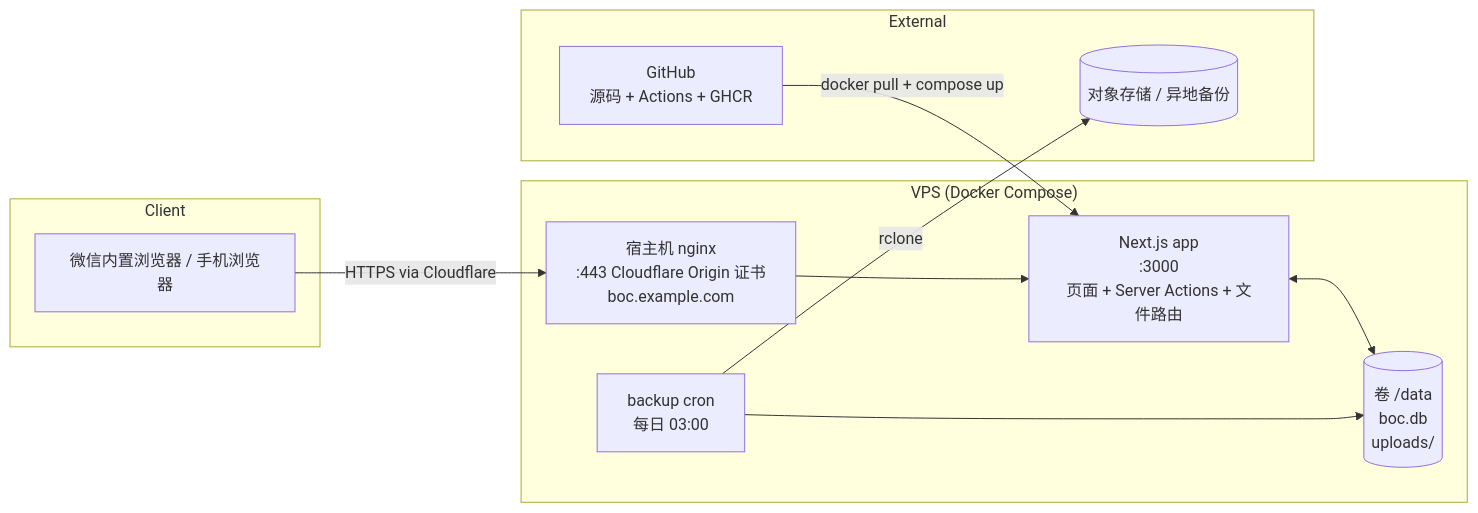
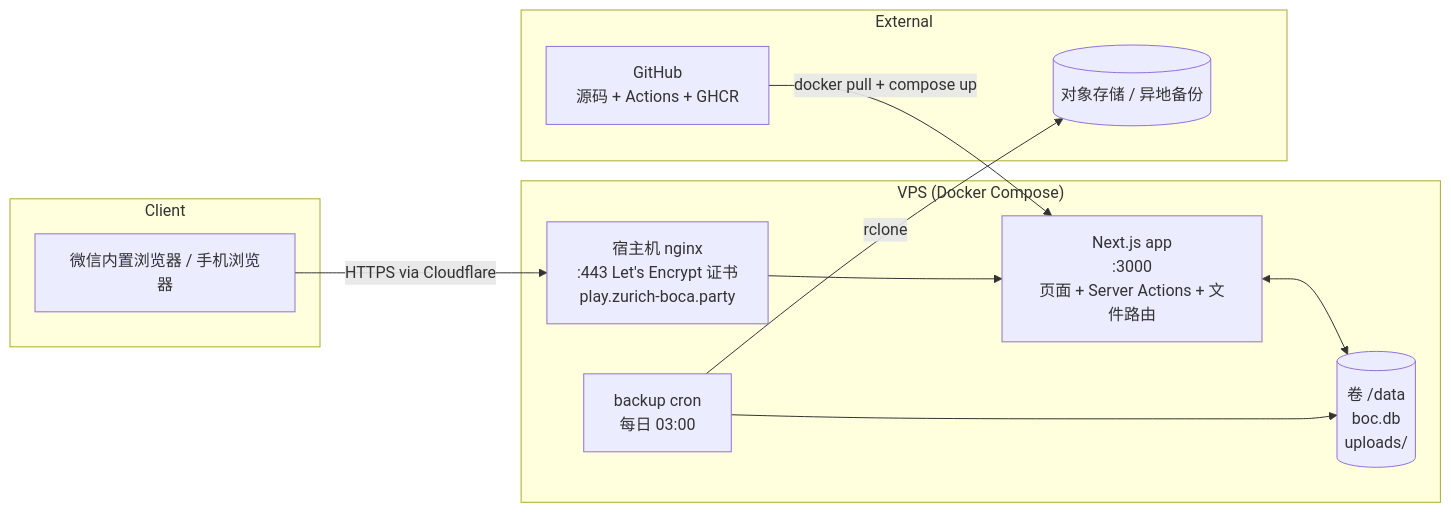
One commit to guoyumin/boc changed the first of 2 diagrams in docs/architecture.md. Above: the diagram before and after it, drawn with Mermaid. The commit also changed other lines of this file and 7 other files, not shown here.

First line of the commit message:
deploy: 迁移到 play.zurich-boca.party

````diff
--- a/docs/architecture.md
+++ b/docs/architecture.md
@@ -77,24 +77,24 @@
 ```mermaid
 flowchart LR
     subgraph Client
         WX[微信内置浏览器 / 手机浏览器]
     end
 
     subgraph VPS["VPS (Docker Compose)"]
-        Nginx[宿主机 nginx<br/>:443 Cloudflare Origin 证书<br/>boc.example.com]
+        Nginx[宿主机 nginx<br/>:443 Let's Encrypt 证书<br/>play.zurich-boca.party]
         App[Next.js app<br/>:3000<br/>页面 + Server Actions + 文件路由]
         Vol[(卷 /data<br/>boc.db<br/>uploads/)]
         Cron[backup cron<br/>每日 03:00]
     end
 
     subgraph External
         GH[GitHub<br/>源码 + Actions + GHCR]
         OS[(对象存储 / 异地备份)]
     end
 
     WX -- HTTPS via Cloudflare --> Nginx --> App
     App <--> Vol
     Cron --> Vol
     Cron -- rclone --> OS
     GH -- "docker pull + compose up" --> App
 ```
````
